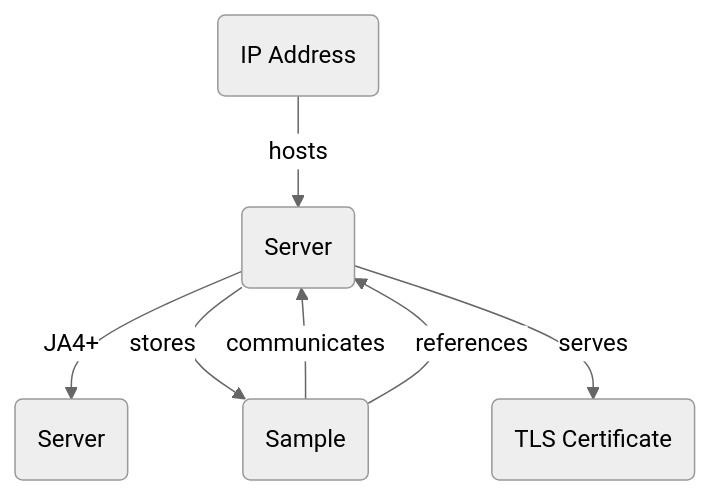
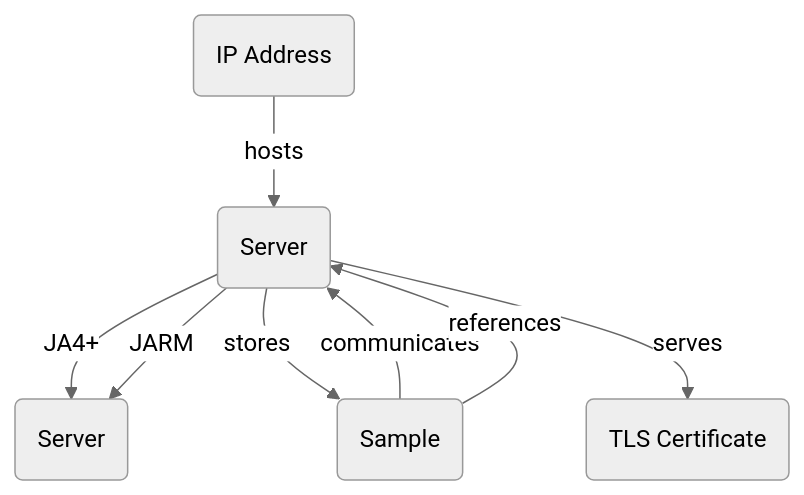
One commit to korniko98/pivot-atlas changed the diagram in docs/artifacts/server.md. Above: the diagram before and after it, drawn with Mermaid (neutral theme). The commit also changed 14 other files, not shown here.

````diff
--- a/docs/artifacts/server.md
+++ b/docs/artifacts/server.md
@@ -23,13 +23,14 @@
 	```mermaid
 	flowchart TD
 		A("IP Address") -- hosts --> B("Server")
 		C("Sample") -- communicates --> B
 		C -- references --> B
 		B -- JA4+ --> D("Server")
+		B -- JARM --> D
 		B -- stores --> C
 		B -- serves--> E("TLS Certificate")
 		click A "#ip-addresses"
 		click C "#samples"
 		click D "#server"
 		click E "#tls-certificates"
 	```
````
